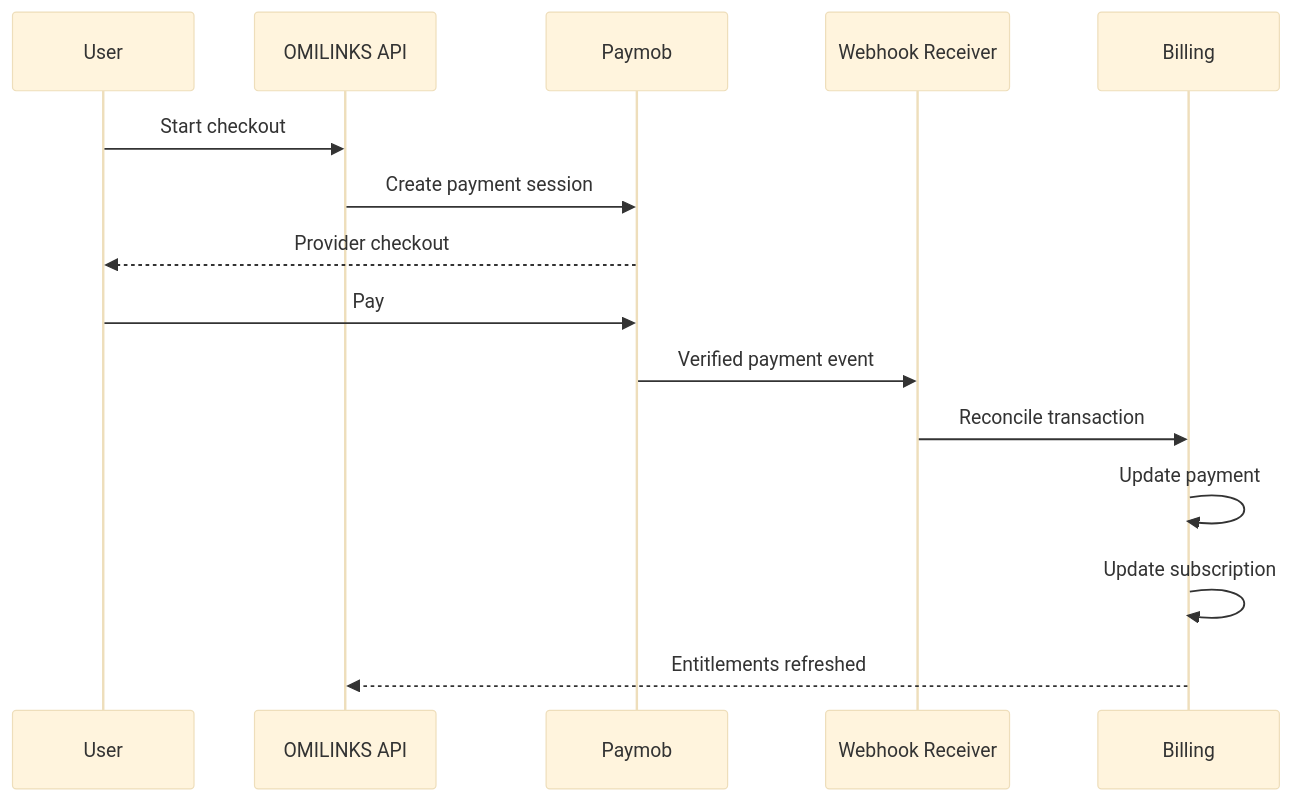
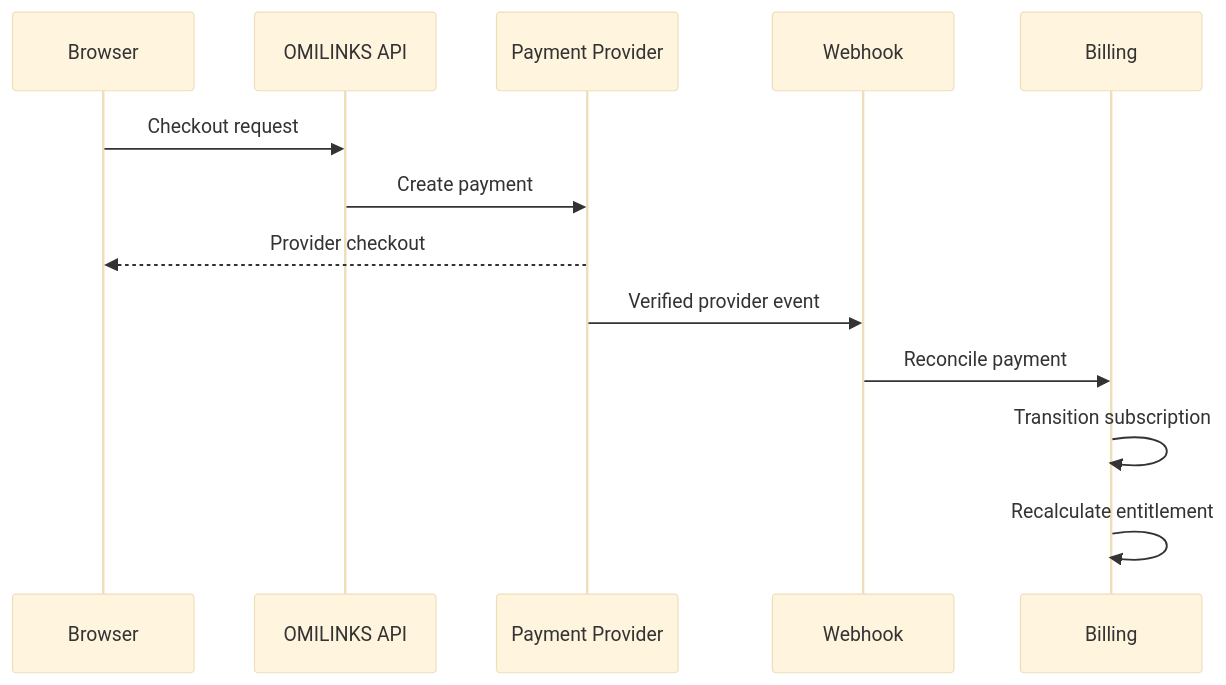
Before and after one commit to D-engahmed/OMILINKS: the fourth of 5 diagrams in docs/domain/billing.md, drawn with Mermaid (base theme). The commit also changed other lines of this file and 1 other file, not shown here.

Commit message:
docs: deepen quality and billing implementation specifications

```diff
--- a/docs/domain/billing.md
+++ b/docs/domain/billing.md
@@ -157,17 +133,15 @@
 ~~~mermaid
 sequenceDiagram
-participant U as User
+participant U as Browser
 participant API as OMILINKS API
-participant PM as Paymob
-participant WH as Webhook Receiver
-participant BILL as Billing
-U->>API: Start checkout
-API->>PM: Create payment session
-PM-->>U: Provider checkout
-U->>PM: Pay
-PM->>WH: Verified payment event
-WH->>BILL: Reconcile transaction
-BILL->>BILL: Update payment
-BILL->>BILL: Update subscription
-BILL-->>API: Entitlements refreshed
+participant P as Payment Provider
+participant W as Webhook
+participant B as Billing
+U->>API: Checkout request
+API->>P: Create payment
+P-->>U: Provider checkout
+P->>W: Verified provider event
+W->>B: Reconcile payment
+B->>B: Transition subscription
+B->>B: Recalculate entitlement
 ~~~
```
